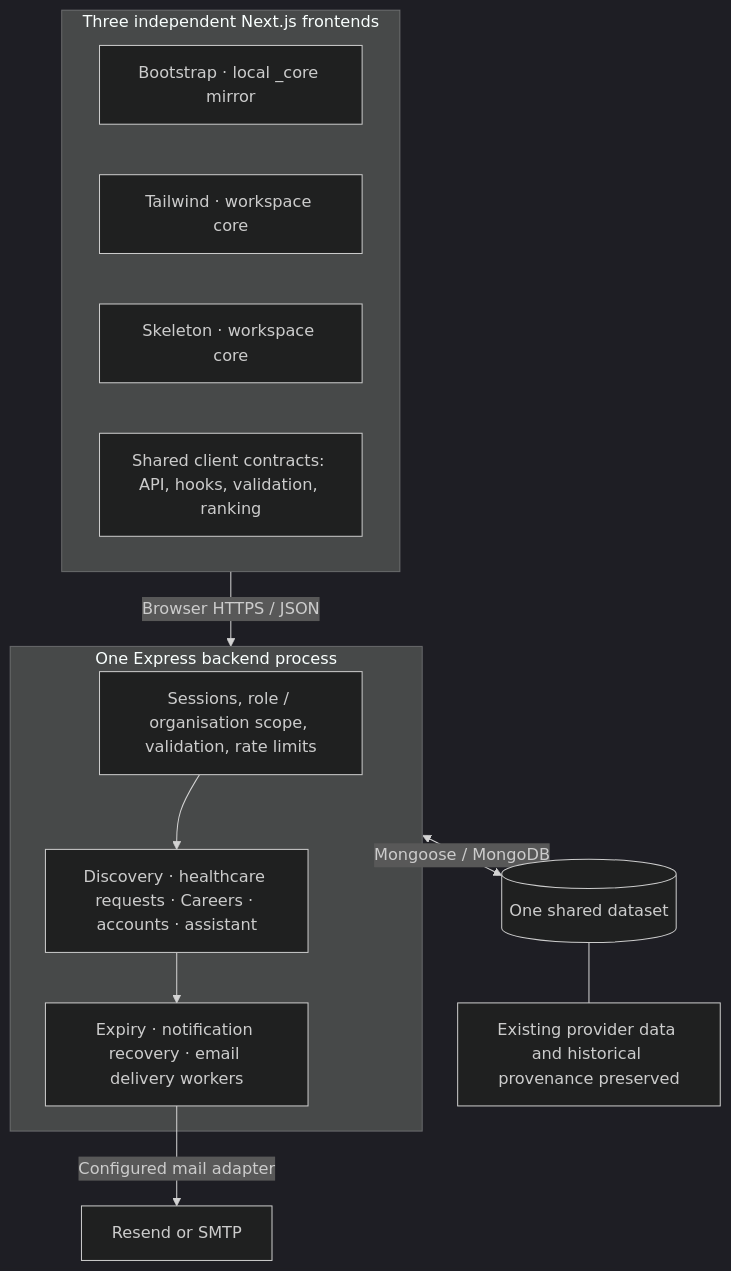
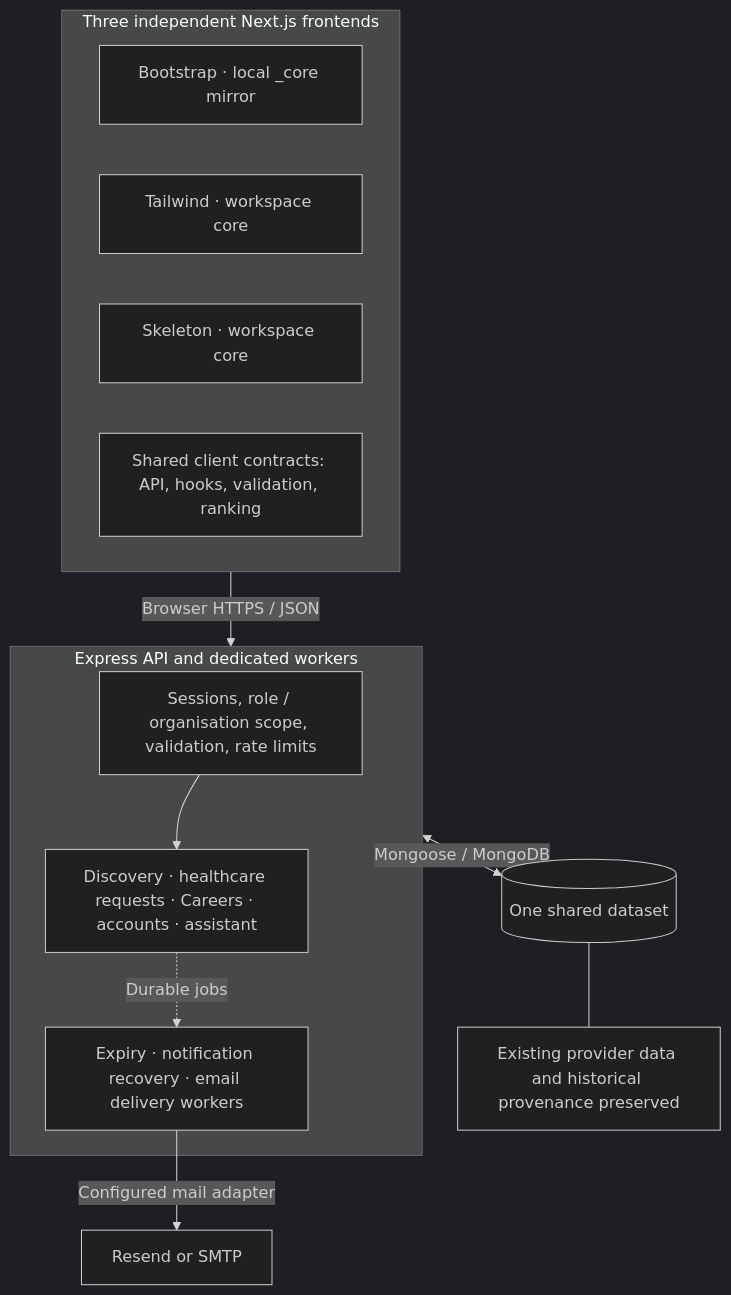
One commit to kasim672/medreach changed the diagram in docs/diagrams/system-architecture.mmd. Above: the diagram before and after it, drawn with Mermaid (dark theme). The commit also changed 34 other files, not shown here.

```diff
--- a/docs/diagrams/system-architecture.mmd
+++ b/docs/diagrams/system-architecture.mmd
@@ -1,19 +1,19 @@
 %% Semantic companion. Curated SVG/PNG layout: scripts/diagram-figures.mjs.
 flowchart TB
   subgraph Frontends[Three independent Next.js frontends]
     B[Bootstrap · local _core mirror]
     T[Tailwind · workspace core]
     S[Skeleton · workspace core]
     C[Shared client contracts: API, hooks, validation, ranking]
   end
   Frontends -->|Browser HTTPS / JSON| API
-  subgraph API[One Express backend process]
+  subgraph API[Express API and dedicated workers]
     Security[Sessions, role / organisation scope, validation, rate limits]
     Domains[Discovery · healthcare requests · Careers · accounts · assistant]
     Workers[Expiry · notification recovery · email delivery workers]
     Security --> Domains
-    Domains --> Workers
+    Domains -.->|Durable jobs| Workers
   end
   API <-->|Mongoose / MongoDB| DB[(One shared dataset)]
   Workers -->|Configured mail adapter| Mail[Resend or SMTP]
   DB --- Evidence[Existing provider data and historical provenance preserved]
```
